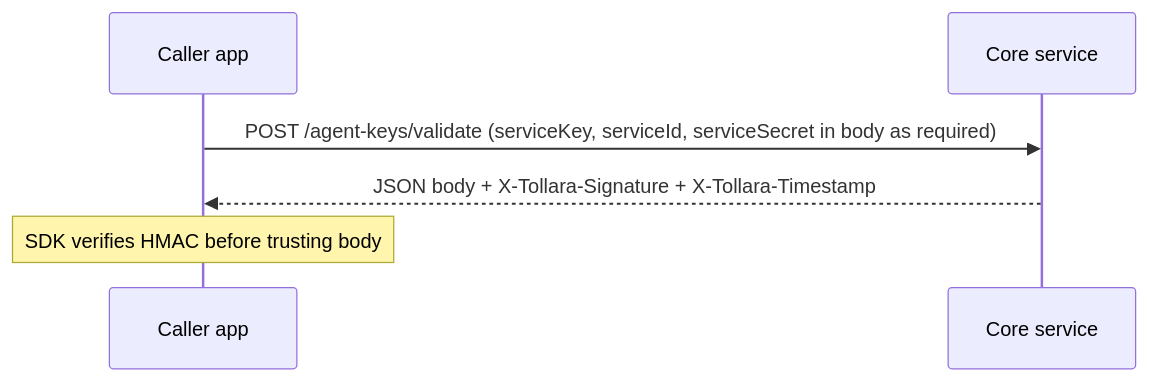
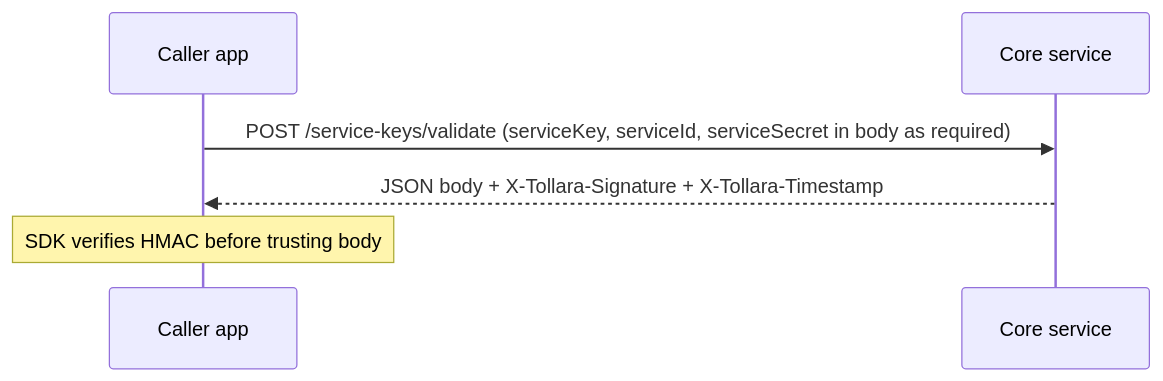
One commit to tollara/tollara-sdk changed the third of 8 diagrams in docs/sdk-callers-and-backends.md. Above: the diagram before and after it, drawn with Mermaid. The commit also changed other lines of this file and 33 other files, not shown here.

````diff
--- a/docs/sdk-callers-and-backends.md
+++ b/docs/sdk-callers-and-backends.md
@@ -93,9 +93,9 @@
 ```mermaid
 sequenceDiagram
   participant Caller as Caller app
   participant CORE as Core service
 
-  Caller->>CORE: POST /agent-keys/validate (serviceKey, serviceId, serviceSecret in body as required)
+  Caller->>CORE: POST /service-keys/validate (serviceKey, serviceId, serviceSecret in body as required)
   CORE-->>Caller: JSON body + X-Tollara-Signature + X-Tollara-Timestamp
   Note over Caller: SDK verifies HMAC before trusting body
 ```
````
